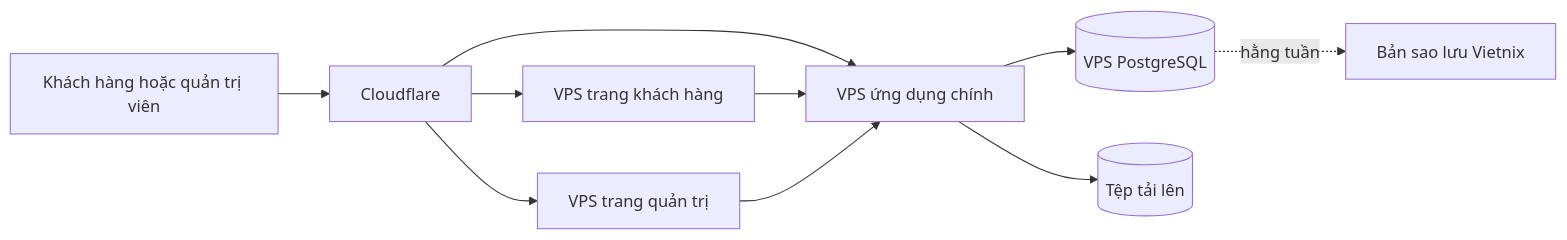
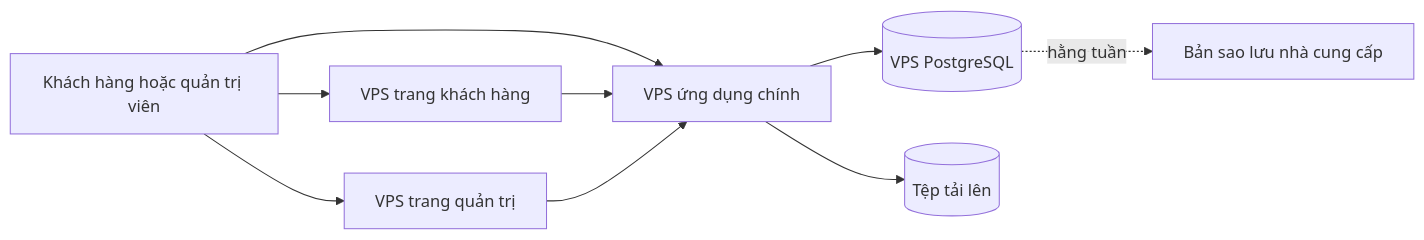
The diagram in deployments/option-3-separate-services/architecture.md (LeeTun2k2/insumart-docs), drawn with Mermaid before and after one commit. The commit also changed other lines of this file and 6 other files, not shown here.

````diff
--- a/deployments/option-3-separate-services/architecture.md
+++ b/deployments/option-3-separate-services/architecture.md
@@ -16,12 +16,11 @@
 ```mermaid
 flowchart LR
-    NguoiDung[Khách hàng hoặc quản trị viên] --> CF[Cloudflare]
-    CF --> KhachHang[VPS trang khách hàng]
-    CF --> QuanTri[VPS trang quản trị]
-    CF --> UngDung[VPS ứng dụng chính]
+    NguoiDung[Khách hàng hoặc quản trị viên] --> KhachHang[VPS trang khách hàng]
+    NguoiDung --> QuanTri[VPS trang quản trị]
+    NguoiDung --> UngDung[VPS ứng dụng chính]
     KhachHang --> UngDung
     QuanTri --> UngDung
     UngDung --> DB[(VPS PostgreSQL)]
     UngDung --> Tep[(Tệp tải lên)]
-    DB -. hằng tuần .-> SaoLuu[Bản sao lưu Vietnix]
+    DB -. hằng tuần .-> SaoLuu[Bản sao lưu nhà cung cấp]
 ```
````
